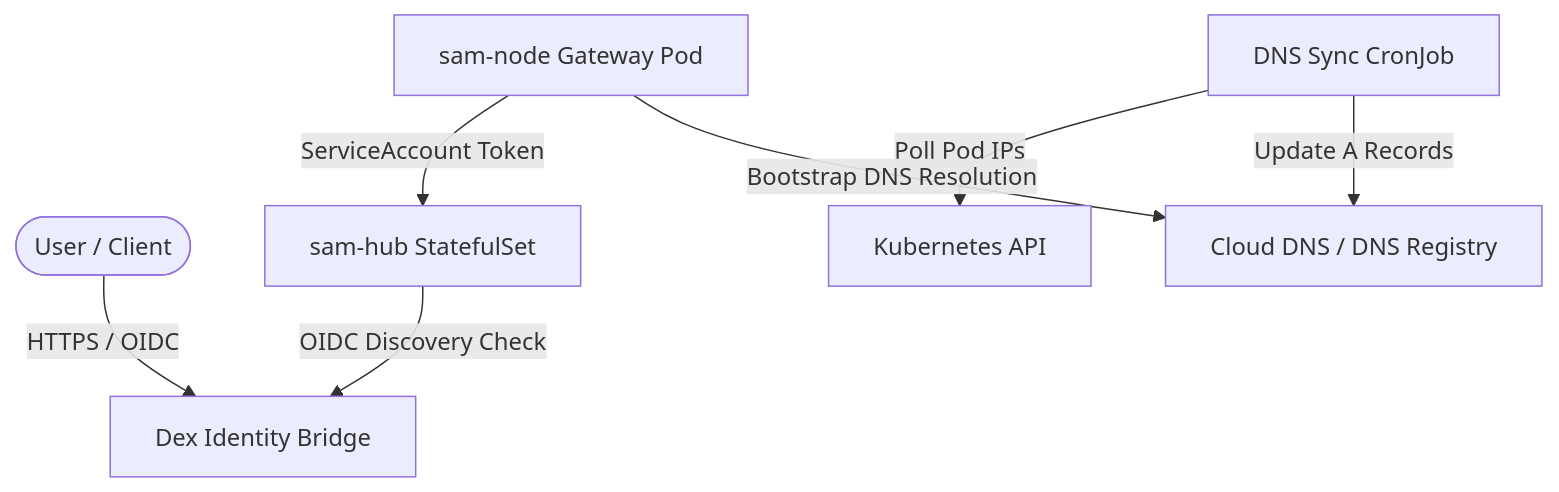
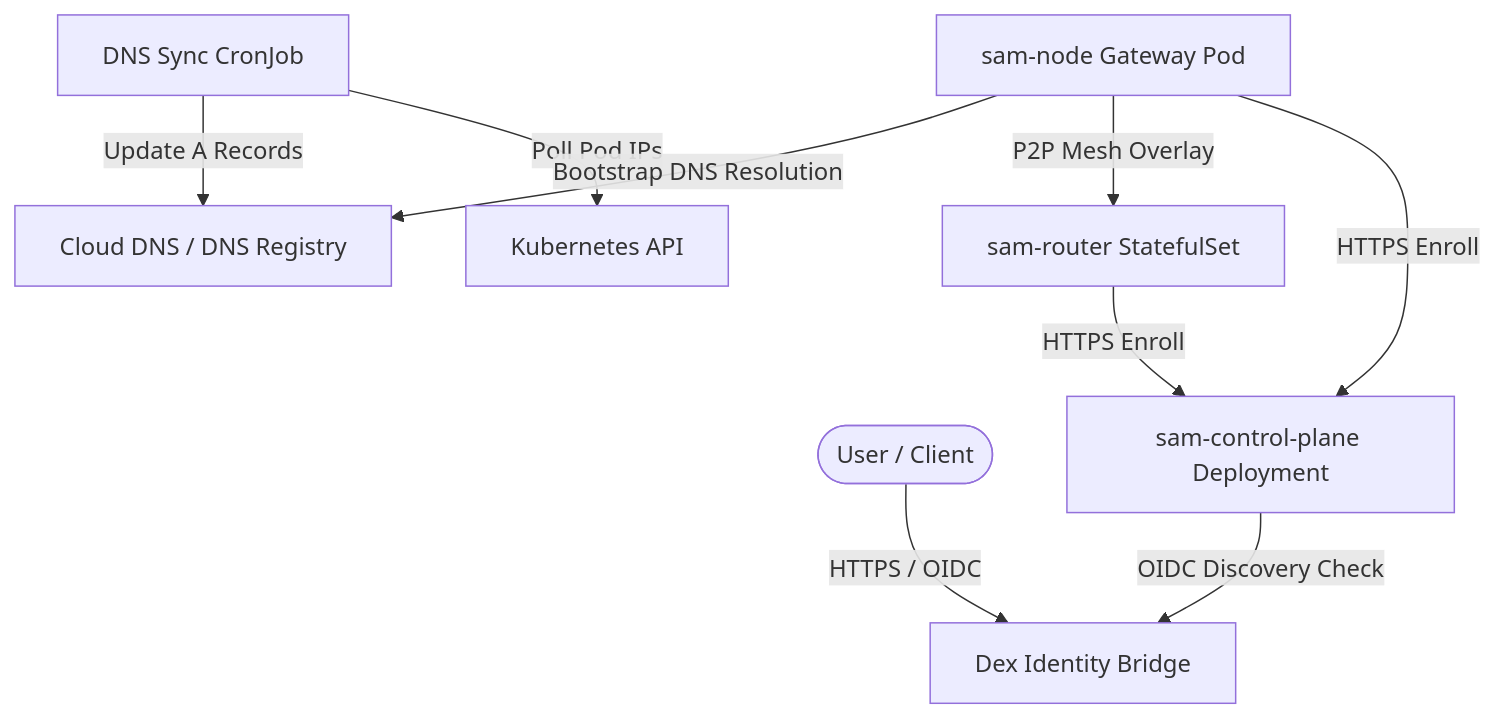
Before and after one commit to google/sam: the diagram in site/content/docs/user/kubernetes-deployment.md, drawn with Mermaid. The commit also changed other lines of this file and 16 other files, not shown here.

Commit message:
migrate from hub to control plane

````diff
--- a/site/content/docs/user/kubernetes-deployment.md
+++ b/site/content/docs/user/kubernetes-deployment.md
@@ -19,9 +20,11 @@
 ```mermaid
 graph TD
     User([User / Client]) -->|HTTPS / OIDC| Dex[Dex Identity Bridge]
-    Node[sam-node Gateway Pod] -->|ServiceAccount Token| Hub[sam-hub StatefulSet]
-    Hub -->|OIDC Discovery Check| Dex
+    Node[sam-node Gateway Pod] -->|HTTPS Enroll| CP[sam-control-plane Deployment]
+    Router[sam-router StatefulSet] -->|HTTPS Enroll| CP
+    Node -->|P2P Mesh Overlay| Router
+    CP -->|OIDC Discovery Check| Dex
     Cron[DNS Sync CronJob] -->|Poll Pod IPs| K8sApi[Kubernetes API]
     Cron -->|Update A Records| CloudDNS[Cloud DNS / DNS Registry]
     Node -->|Bootstrap DNS Resolution| CloudDNS
 ```
````
